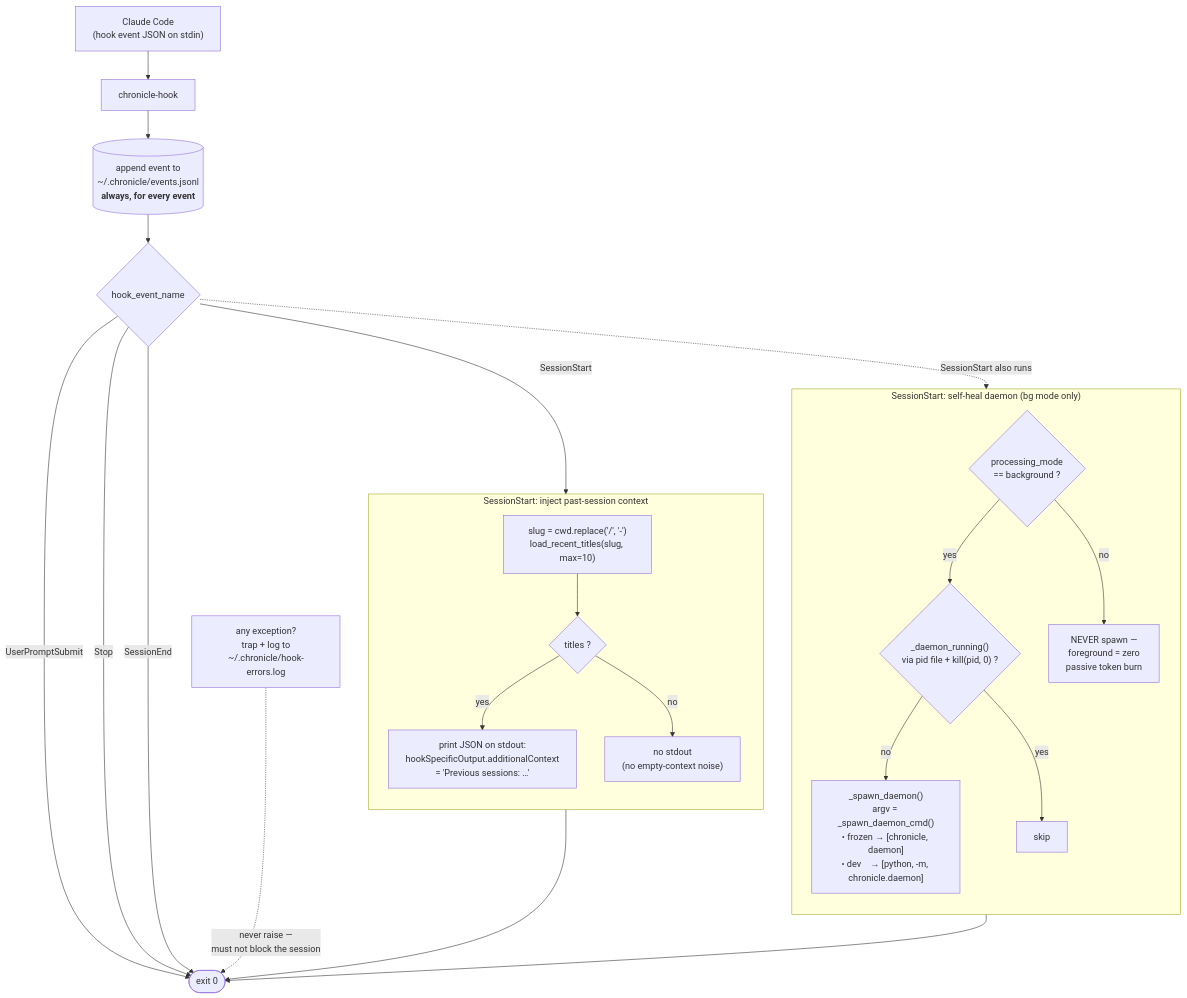
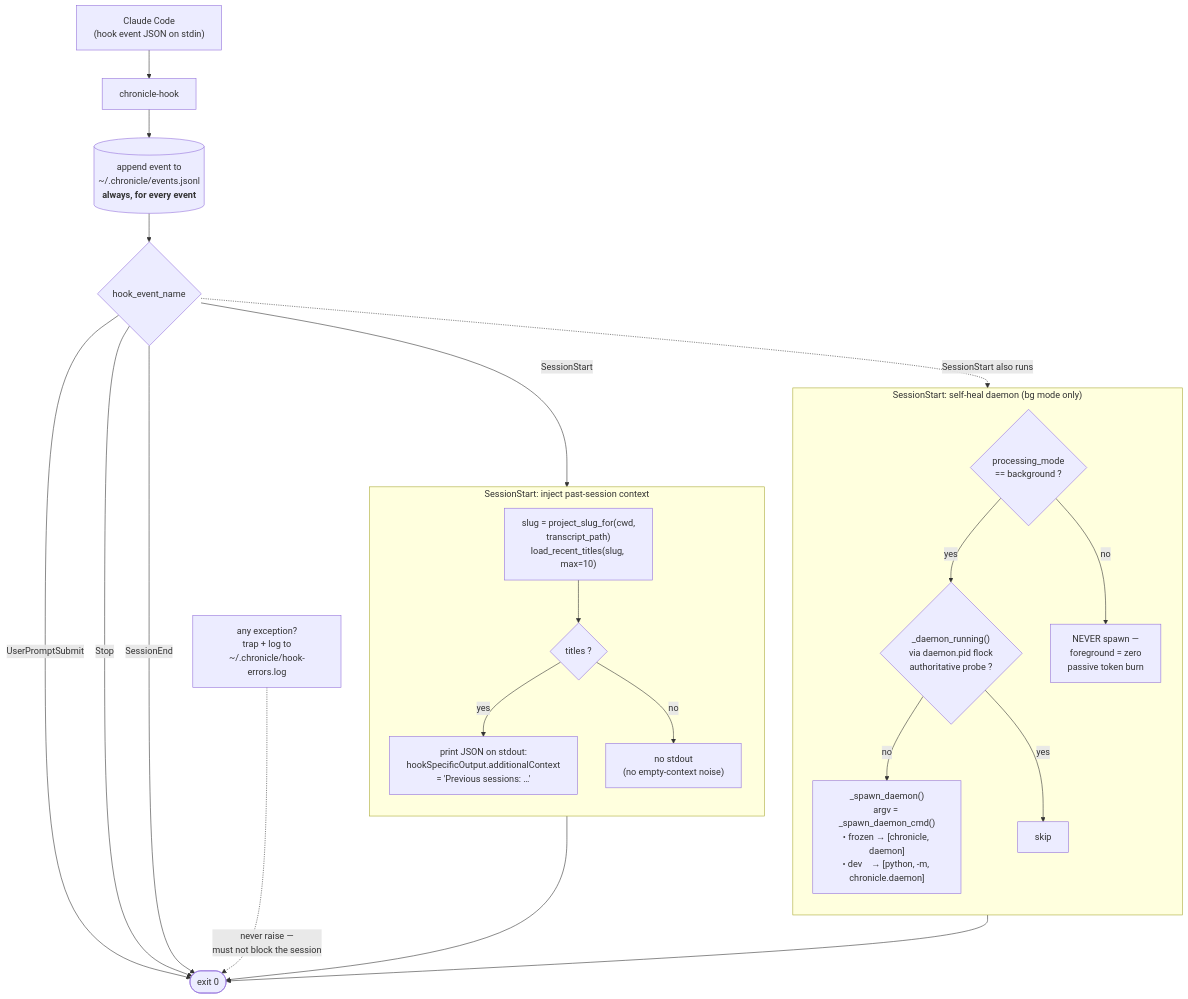
The third of 7 diagrams in README.md (ehzawad/claudetalktoclaude), drawn with Mermaid before and after one commit. The commit also changed other lines of this file and 37 other files, not shown here.

````diff
--- a/README.md
+++ b/README.md
@@ -201,41 +208,41 @@
 ```mermaid
 flowchart TB
     CC["Claude Code<br/>(hook event JSON on stdin)"] --> HOOK["chronicle-hook"]
     HOOK --> APPEND[("append event to<br/>~/.chronicle/events.jsonl<br/><b>always, for every event</b>")]
     APPEND --> EVT{"hook_event_name"}
 
     EVT -->|"UserPromptSubmit"| RET([exit 0])
     EVT -->|"Stop"| RET
     EVT -->|"SessionEnd"| RET
     EVT -->|"SessionStart"| SS_CTX
 
     subgraph SS_CTX["SessionStart: inject past-session context"]
         direction TB
-        LOAD["slug = cwd.replace('/', '-')<br/>load_recent_titles(slug, max=10)"]
+        LOAD["slug = project_slug_for(cwd,<br/>transcript_path)<br/>load_recent_titles(slug, max=10)"]
         HAS{"titles ?"}
         EMIT["print JSON on stdout:<br/>hookSpecificOutput.additionalContext<br/>= 'Previous sessions: …'"]
         NOEMIT["no stdout<br/>(no empty-context noise)"]
         LOAD --> HAS
         HAS -->|yes| EMIT
         HAS -->|no| NOEMIT
     end
 
     subgraph SS_DAEMON["SessionStart: self-heal daemon (bg mode only)"]
         direction TB
         BG{"processing_mode<br/>== background ?"}
-        ALIVE{"_daemon_running()<br/>via pid file + kill(pid, 0) ?"}
+        ALIVE{"_daemon_running()<br/>via daemon.pid flock<br/>authoritative probe ?"}
         RESP["_spawn_daemon()<br/>argv = _spawn_daemon_cmd()<br/>• frozen → [chronicle, daemon]<br/>• dev    → [python, -m, chronicle.daemon]"]
         NOOP["skip"]
         FG["NEVER spawn —<br/>foreground = zero<br/>passive token burn"]
         BG -->|yes| ALIVE
         ALIVE -->|no| RESP
         ALIVE -->|yes| NOOP
         BG -->|no| FG
     end
 
     EVT -.->|SessionStart also runs| SS_DAEMON
     SS_CTX --> RET
     SS_DAEMON --> RET
 
     ERR["any exception?<br/>trap + log to<br/>~/.chronicle/hook-errors.log"] -.->|never raise —<br/>must not block the session| RET
 ```
````
